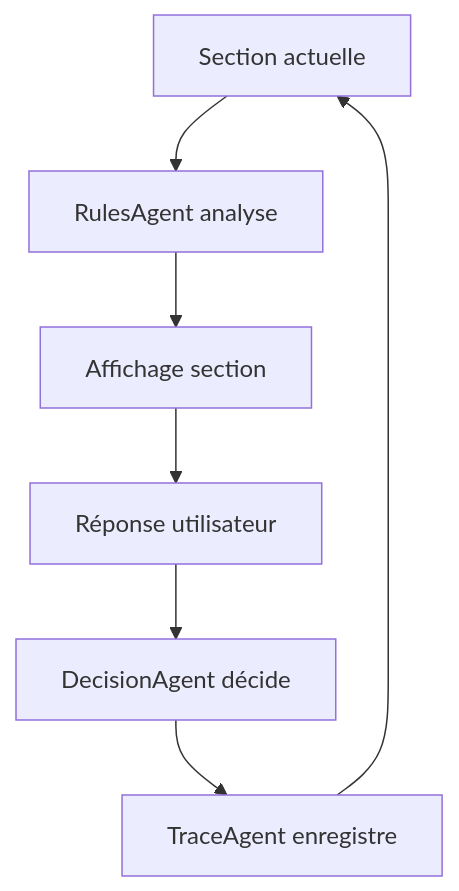
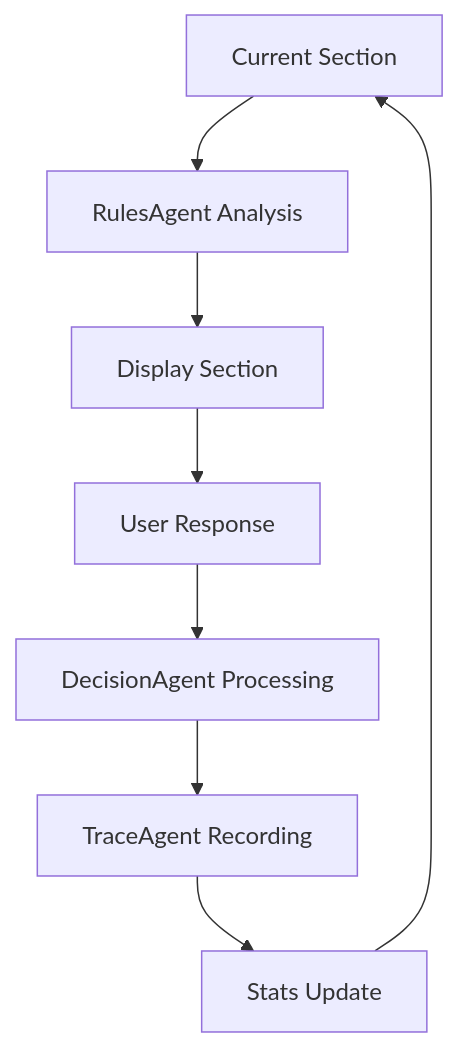
Before and after one commit to Casys-AI/casys-rpg: the diagram in README.md, drawn with Mermaid. The commit also changed other lines of this file and 3 other files, not shown here.

````diff
--- a/README.md
+++ b/README.md
@@ -51,9 +132,10 @@
-   ```mermaid
-   graph TD
-      A[Section actuelle] --> B[RulesAgent analyse]
-      B --> C[Affichage section]
-      C --> D[Réponse utilisateur]
-      D --> E[DecisionAgent décide]
-      E --> F[TraceAgent enregistre]
-      F --> A
-   ```
+```mermaid
+graph TD
+    A[Current Section] --> B[RulesAgent Analysis]
+    B --> C[Display Section]
+    C --> D[User Response]
+    D --> E[DecisionAgent Processing]
+    E --> F[TraceAgent Recording]
+    F --> G[Stats Update]
+    G --> A
+```
````
